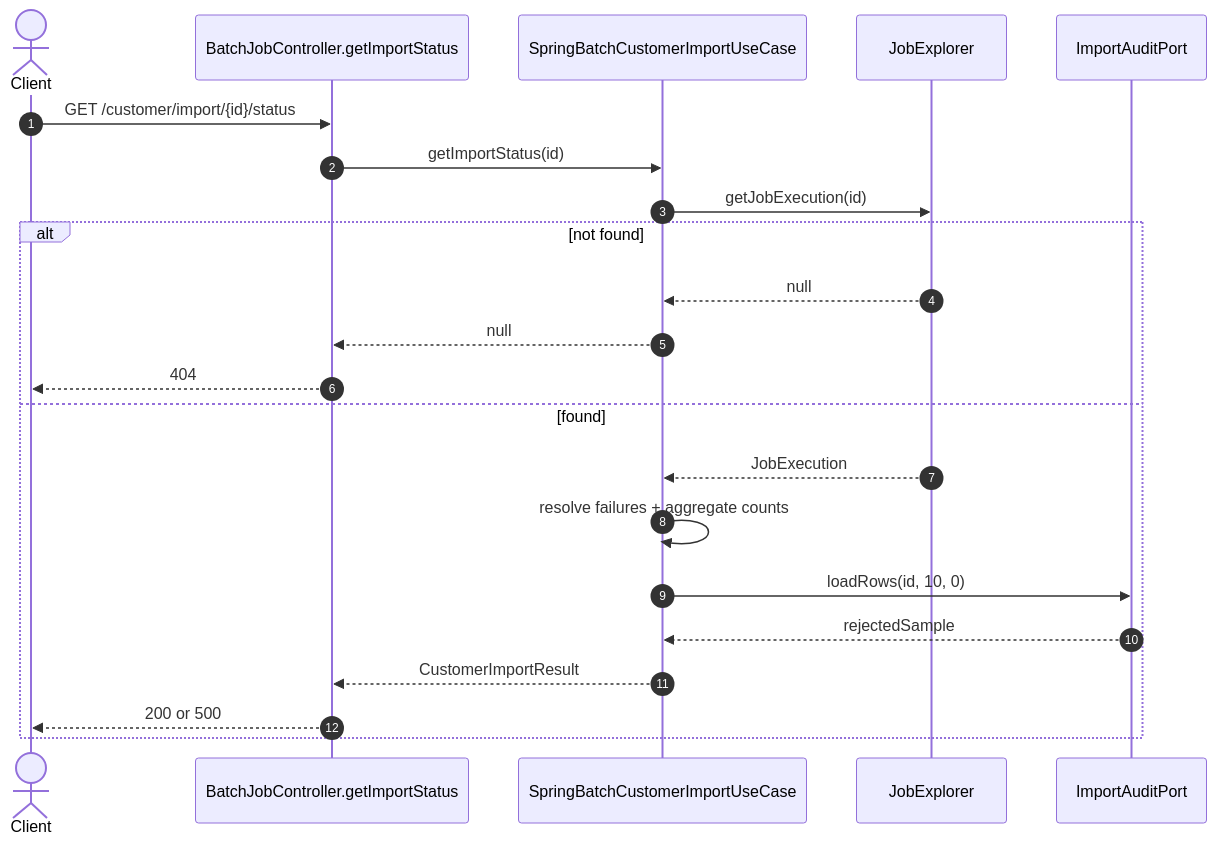
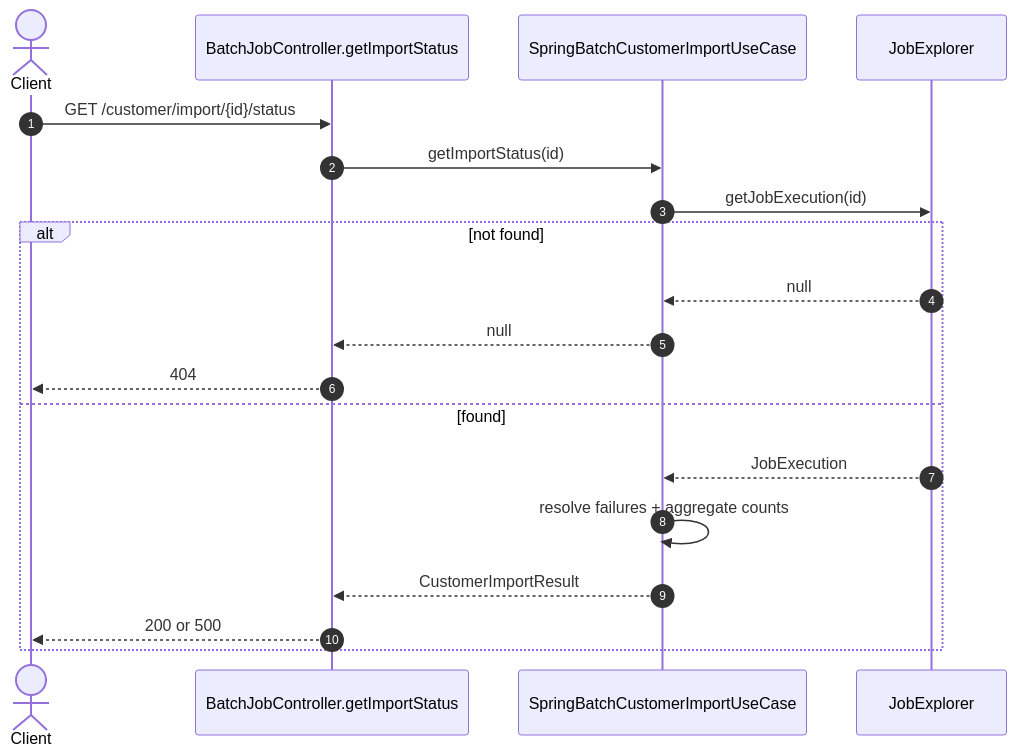
Before and after one commit to My-R360/spring-batch-demo: the ninth of 11 diagrams in slidev/flows.md, drawn with Mermaid. The commit also changed 31 other files, not shown here.

````diff
--- a/slidev/flows.md
+++ b/slidev/flows.md
@@ -214,25 +214,22 @@
 ```mermaid
 sequenceDiagram
 autonumber
 actor Client
 participant C as BatchJobController.getImportStatus
 participant UC as SpringBatchCustomerImportUseCase
 participant JE as JobExplorer
-participant Audit as ImportAuditPort
 
 Client->>C: GET /customer/import/{id}/status
 C->>UC: getImportStatus(id)
 UC->>JE: getJobExecution(id)
 alt not found
   JE-->>UC: null
   UC-->>C: null
   C-->>Client: 404
 else found
   JE-->>UC: JobExecution
   UC->>UC: resolve failures + aggregate counts
-  UC->>Audit: loadRows(id, 10, 0)
-  Audit-->>UC: rejectedSample
   UC-->>C: CustomerImportResult
   C-->>Client: 200 or 500
 end
 ```
````
